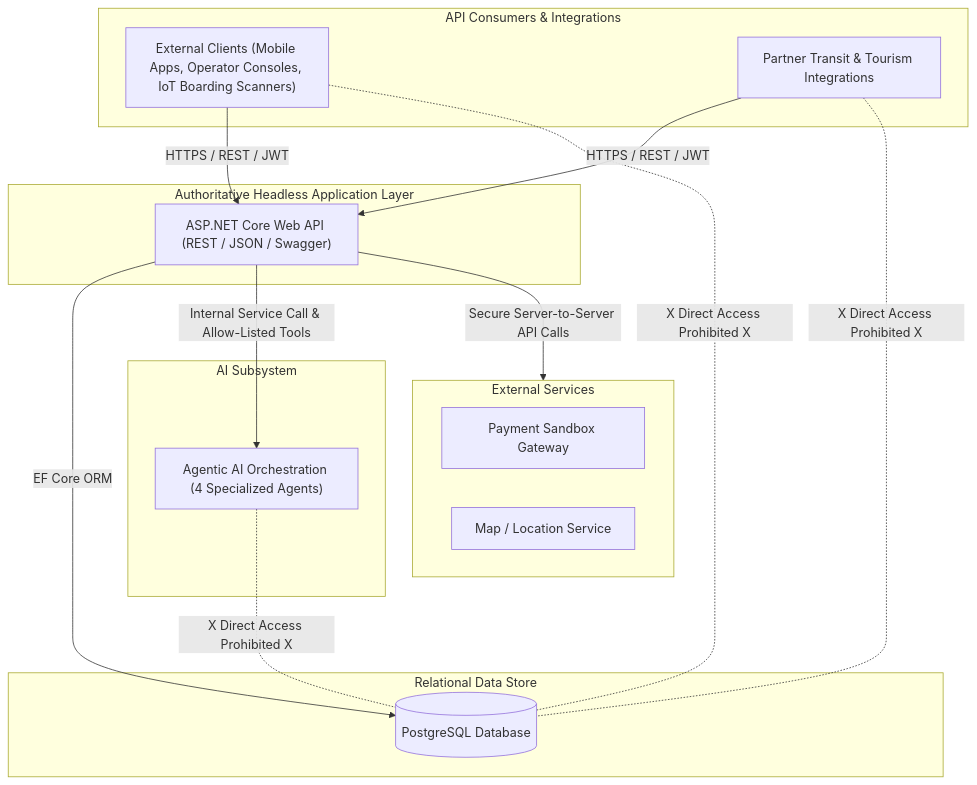
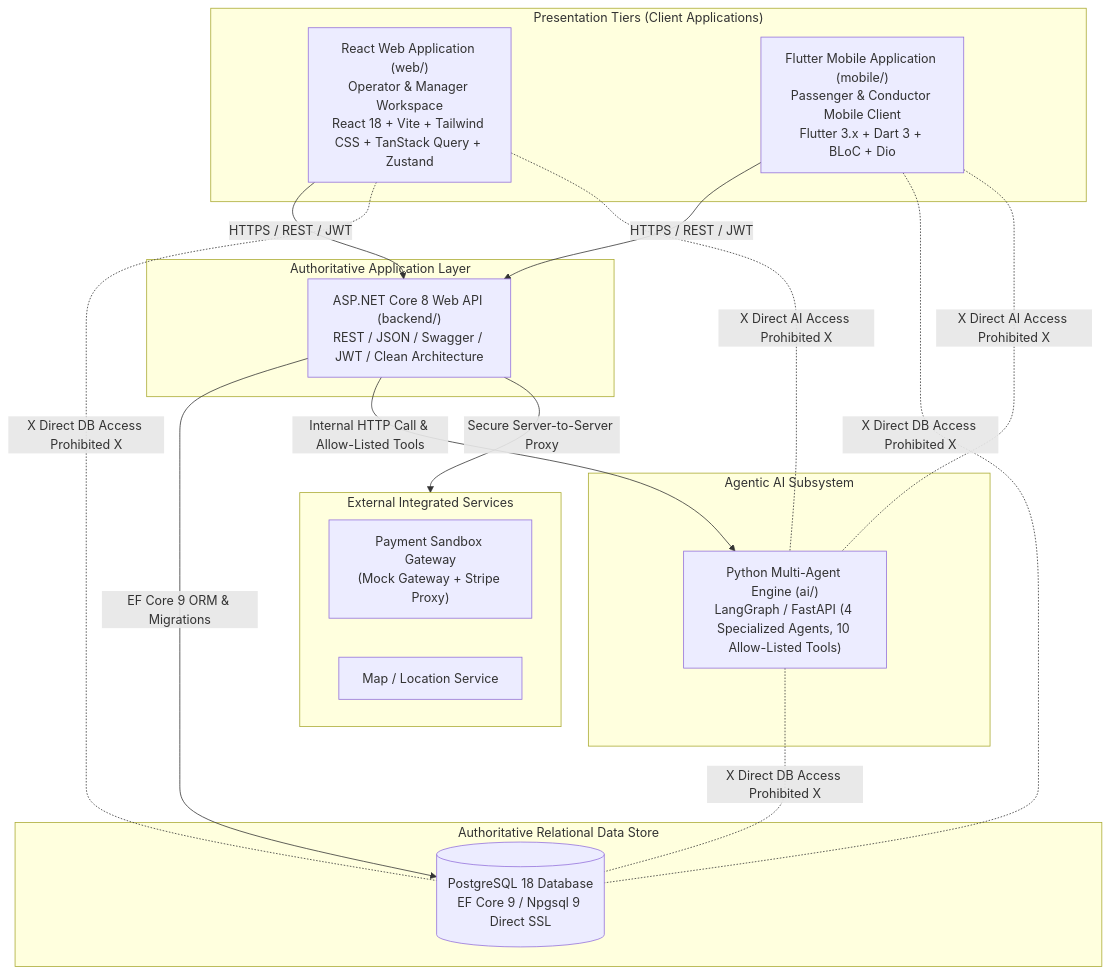
The first of 3 diagrams in docs/architecture/system-architecture.md (NuhadhMohomed/WayPoint), drawn with Mermaid before and after one commit. The commit also changed other lines of this file and 25 other files, not shown here.

Commit message:
docs: add comprehensive use cases, architecture specifications, project guides, and mobile test coverage

````diff
--- a/docs/architecture/system-architecture.md
+++ b/docs/architecture/system-architecture.md
@@ -11,35 +11,37 @@
 ```mermaid
 graph TD
-    subgraph Consumers["API Consumers & Integrations"]
-        ExtClients["External Clients (Mobile Apps, Operator Consoles, IoT Boarding Scanners)"]
-        PartnerAPIs["Partner Transit & Tourism Integrations"]
+    subgraph Clients["Presentation Tiers (Client Applications)"]
+        WebClient["React Web Application (web/)\nOperator & Manager Workspace\nReact 18 + Vite + Tailwind CSS + TanStack Query + Zustand"]
+        MobileClient["Flutter Mobile Application (mobile/)\nPassenger & Conductor Mobile Client\nFlutter 3.x + Dart 3 + BLoC + Dio"]
     end
 
-    subgraph Backend["Authoritative Headless Application Layer"]
-        API["ASP.NET Core Web API (REST / JSON / Swagger)"]
+    subgraph Backend["Authoritative Application Layer"]
+        API["ASP.NET Core 8 Web API (backend/)\nREST / JSON / Swagger / JWT / Clean Architecture"]
     end
 
-    subgraph Storage["Relational Data Store"]
-        Postgres[(PostgreSQL Database)]
+    subgraph Storage["Authoritative Relational Data Store"]
+        Postgres[(PostgreSQL 18 Database\nEF Core 9 / Npgsql 9 Direct SSL)]
     end
 
-    subgraph AI["AI Subsystem"]
-        Orchestration["Agentic AI Orchestration (4 Specialized Agents)"]
+    subgraph AI["Agentic AI Subsystem"]
+        Orchestration["Python Multi-Agent Engine (ai/)\nLangGraph / FastAPI (4 Specialized Agents, 10 Allow-Listed Tools)"]
     end
 
-    subgraph External["External Services"]
-        Payment["Payment Sandbox Gateway"]
+    subgraph External["External Integrated Services"]
+        Payment["Payment Sandbox Gateway\n(Mock Gateway + Stripe Proxy)"]
         Maps["Map / Location Service"]
     end
 
-    ExtClients -->|HTTPS / REST / JWT| API
-    PartnerAPIs -->|HTTPS / REST / JWT| API
-    API -->|EF Core ORM| Postgres
-    API -->|Internal Service Call & Allow-Listed Tools| Orchestration
-    API -->|Secure Server-to-Server API Calls| External
+    WebClient -->|HTTPS / REST / JWT| API
+    MobileClient -->|HTTPS / REST / JWT| API
+    API -->|EF Core 9 ORM & Migrations| Postgres
+    API -->|Internal HTTP Call & Allow-Listed Tools| Orchestration
+    API -->|Secure Server-to-Server Proxy| External
 
-    %% Boundary Violations (Prohibited Connections)
-    ExtClients -. X Direct Access Prohibited X .- Postgres
-    PartnerAPIs -. X Direct Access Prohibited X .- Postgres
-    Orchestration -. X Direct Access Prohibited X .- Postgres
+    %% Boundary Violations (Prohibited Connections per REQ-ASSIGN-04)
+    WebClient -. X Direct DB Access Prohibited X .- Postgres
+    MobileClient -. X Direct DB Access Prohibited X .- Postgres
+    Orchestration -. X Direct DB Access Prohibited X .- Postgres
+    WebClient -. X Direct AI Access Prohibited X .- Orchestration
+    MobileClient -. X Direct AI Access Prohibited X .- Orchestration
 ```
````
